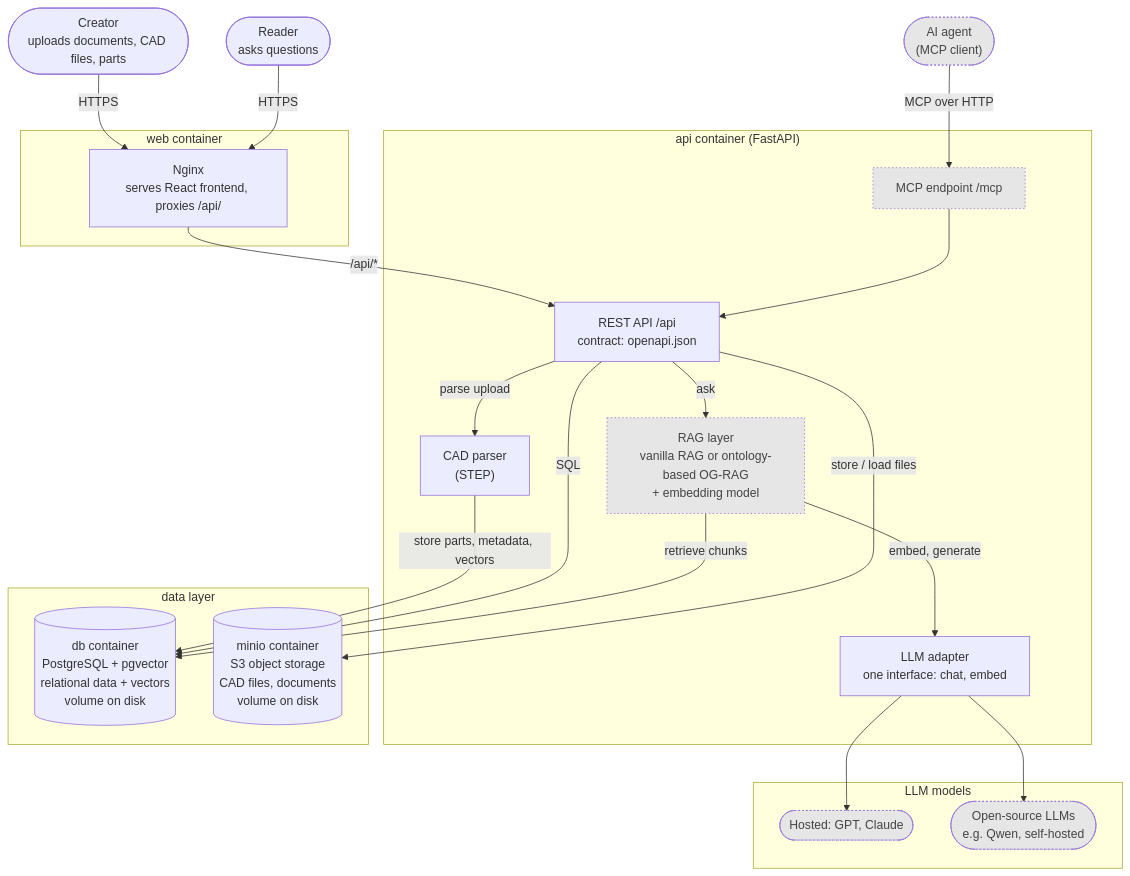
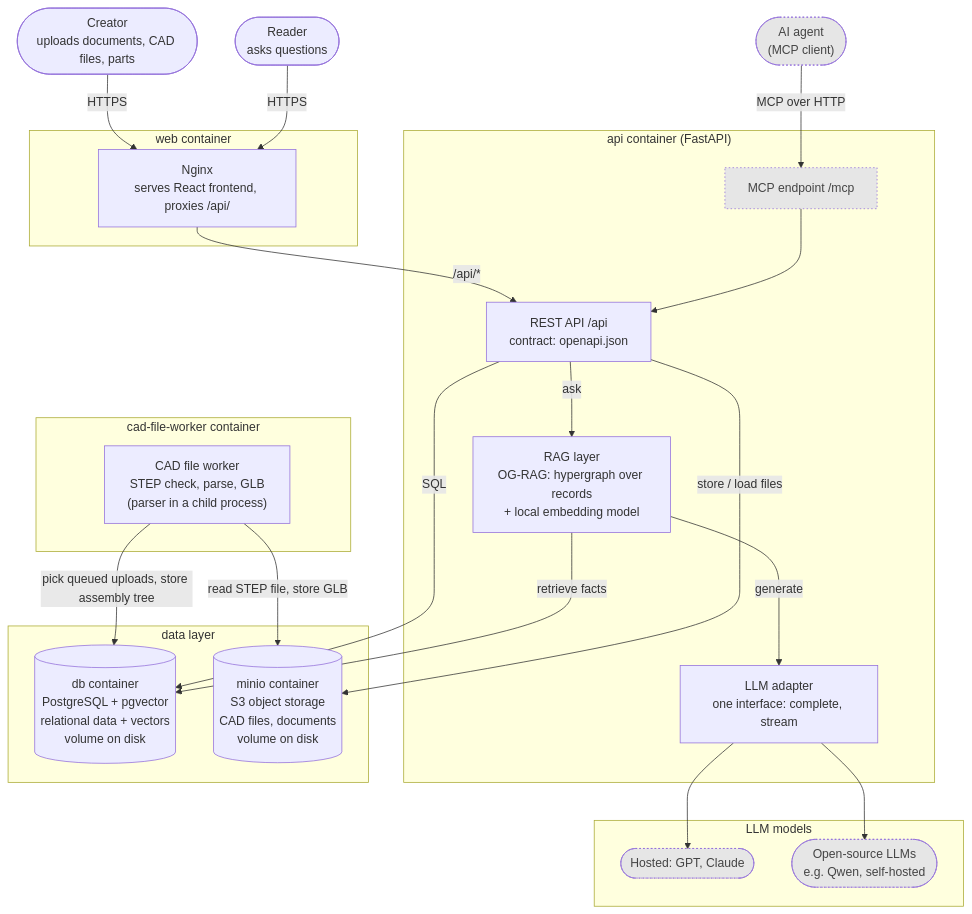
The first of 2 diagrams in Documentation/architecture/software-architecture.md (amosproj/amos2026ws02-engineering-knowledge-advisor), drawn with Mermaid before and after one commit. The commit also changed other lines of this file and 8 other files, not shown here.

````diff
--- a/Documentation/architecture/software-architecture.md
+++ b/Documentation/architecture/software-architecture.md
@@ -11,47 +11,50 @@
 ```mermaid
 flowchart TB
     creator(["Creator<br/>uploads documents, CAD files, parts"])
     reader(["Reader<br/>asks questions"])
     agent(["AI agent<br/>(MCP client)"])
 
     subgraph webc["web container"]
         nginx["Nginx<br/>serves React frontend, proxies /api/"]
     end
 
     subgraph apic["api container (FastAPI)"]
         rest["REST API /api<br/>contract: openapi.json"]
         mcp["MCP endpoint /mcp"]
-        cad["CAD parser<br/>(STEP)"]
-        rag["RAG layer<br/>vanilla RAG or ontology-based OG-RAG<br/>+ embedding model"]
-        llm["LLM adapter<br/>one interface: chat, embed"]
+        rag["RAG layer<br/>OG-RAG: hypergraph over records<br/>+ local embedding model"]
+        llm["LLM adapter<br/>one interface: complete, stream"]
+    end
+
+    subgraph workerc["cad-file-worker container"]
+        cad["CAD file worker<br/>STEP check, parse, GLB<br/>(parser in a child process)"]
     end
 
     subgraph datac["data layer"]
         db[("db container<br/>PostgreSQL + pgvector<br/>relational data + vectors<br/>volume on disk")]
         s3[("minio container<br/>S3 object storage<br/>CAD files, documents<br/>volume on disk")]
     end
 
     subgraph prov["LLM models"]
         hosted(["Hosted: GPT, Claude"])
         oss(["Open-source LLMs<br/>e.g. Qwen, self-hosted"])
     end
 
     creator -- "HTTPS" --> nginx
     reader -- "HTTPS" --> nginx
     nginx -- "/api/*" --> rest
     agent -- "MCP over HTTP" --> mcp
     mcp --> rest
-    rest -- "parse upload" --> cad
-    cad -- "store parts, metadata, vectors" --> db
+    cad -- "pick queued uploads, store assembly tree" --> db
+    cad -- "read STEP file, store GLB" --> s3
     
     rest -- "SQL" --> db
     rest -- "store / load files" --> s3
     rest -- "ask" --> rag
-    rag -- "retrieve chunks" --> db
-    rag -- "embed, generate" --> llm
+    rag -- "retrieve facts" --> db
+    rag -- "generate" --> llm
     llm --> hosted
     llm --> oss
 
     classDef open stroke-dasharray: 2 3,fill:#e6e6e6,color:#444;
-    class mcp,rag,agent,hosted,oss open
+    class mcp,agent,hosted,oss open
 ```
````
